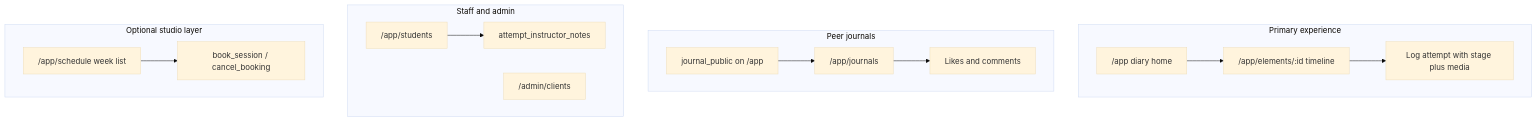
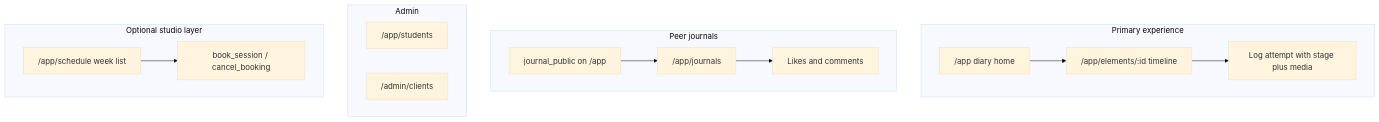
One commit to kategrytsenko/pole-progress changed the diagram in docs/ROADMAP.md. Above: the diagram before and after it, drawn with Mermaid (base theme). The commit also changed other lines of this file and 24 other files, not shown here.

````diff
--- a/docs/ROADMAP.md
+++ b/docs/ROADMAP.md
@@ -33,28 +33,26 @@
 ```mermaid
 flowchart TB
   subgraph primary [Primary experience]
     Diary["/app diary home"]
     Element["/app/elements/:id timeline"]
     Attempt["Log attempt with stage plus media"]
   end
   subgraph peers [Peer journals]
     Toggle["journal_public on /app"]
     Journals["/app/journals"]
     Reactions["Likes and comments"]
   end
-  subgraph staff [Staff and admin]
+  subgraph staff [Admin]
     Students["/app/students"]
-    Notes["attempt_instructor_notes"]
     Clients["/admin/clients"]
   end
   subgraph optional [Optional studio layer]
     Schedule["/app/schedule week list"]
     Book["book_session / cancel_booking"]
   end
   Diary --> Element
   Element --> Attempt
   Toggle --> Journals
   Journals --> Reactions
-  Students --> Notes
   Schedule --> Book
 ```
````
